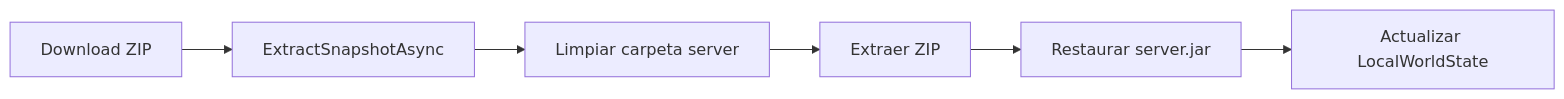
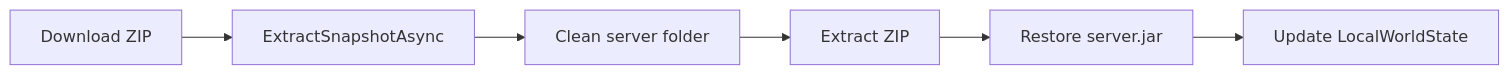
Before and after one commit to fnandoth/mcsync: the second of 2 diagrams in src/Minecraft/README.md, drawn with Mermaid. The commit also changed other lines of this file and 14 other files, not shown here.

````diff
--- a/src/Minecraft/README.md
+++ b/src/Minecraft/README.md
@@ -32,8 +33,8 @@
 ```mermaid
 flowchart LR
     A[Download ZIP] --> B[ExtractSnapshotAsync]
-    B --> C[Limpiar carpeta server]
-    C --> D[Extraer ZIP]
-    D --> E[Restaurar server.jar]
-    E --> F[Actualizar LocalWorldState]
+    B --> C[Clean server folder]
+    C --> D[Extract ZIP]
+    D --> E[Restore server.jar]
+    E --> F[Update LocalWorldState]
 ```
````
